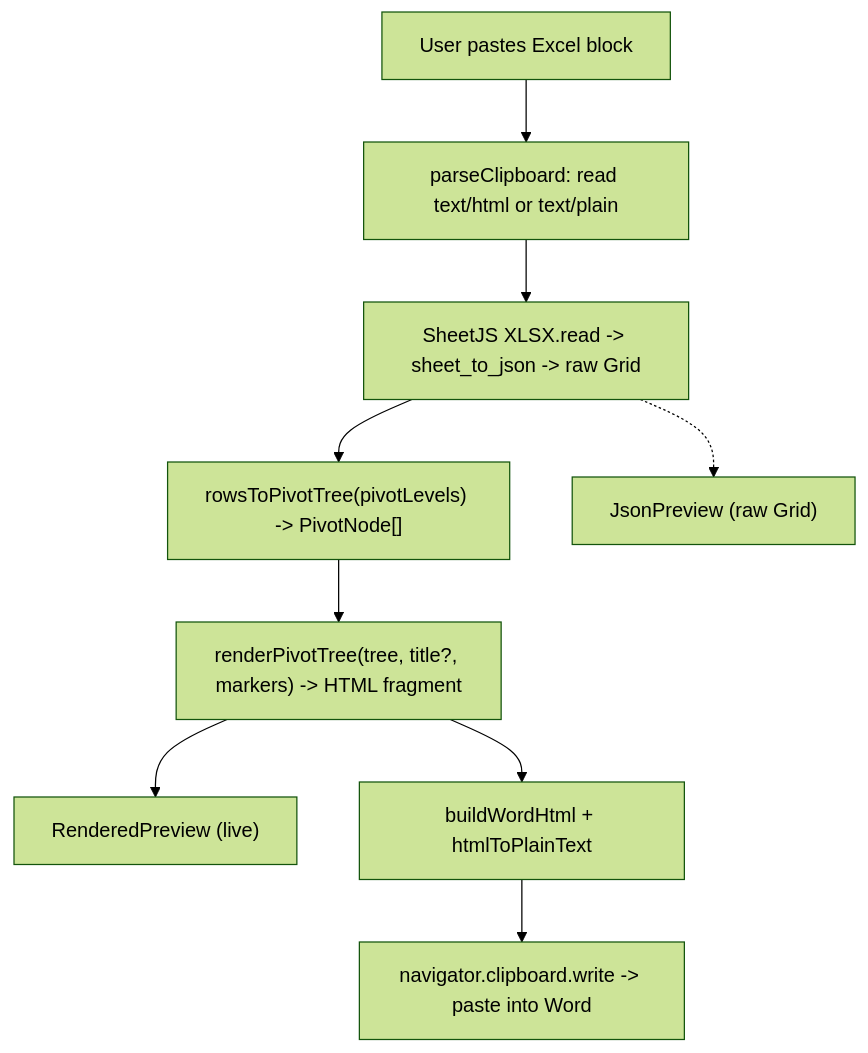
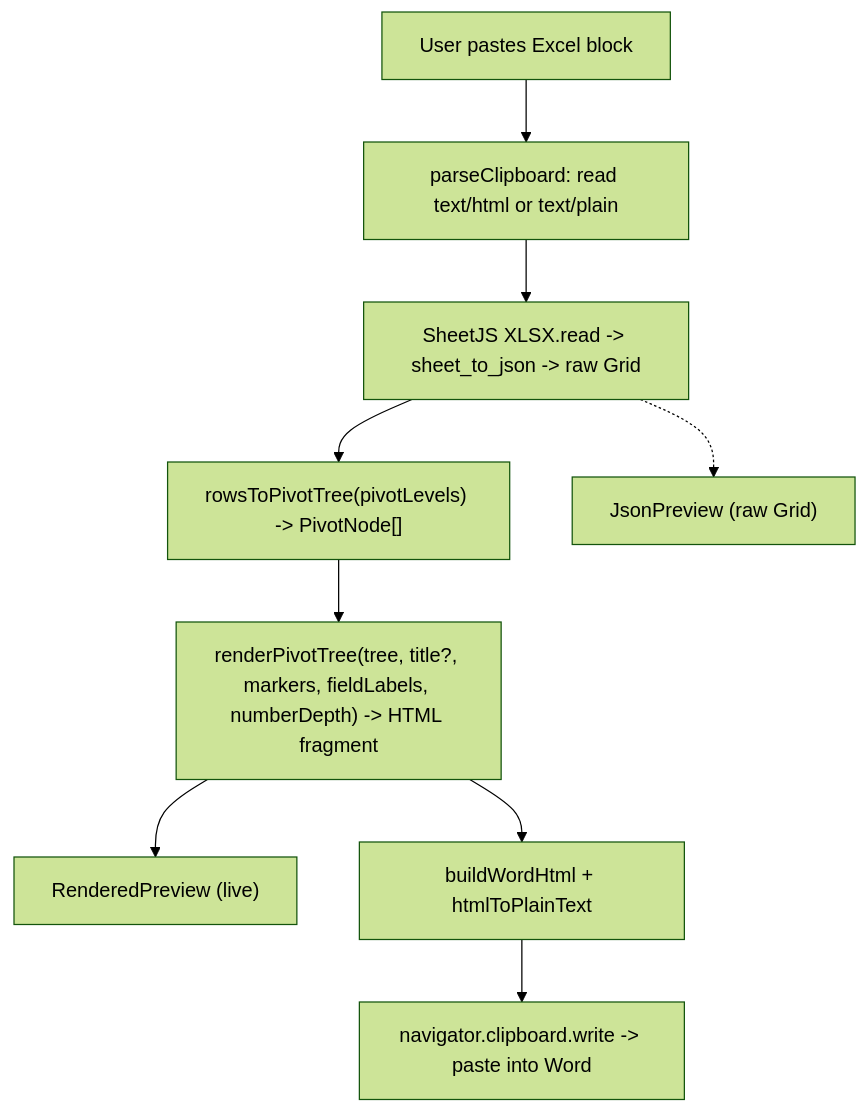
The diagram in docs/ARCHITECTURE.md (maybiiLen/Excel-Parser-), drawn with Mermaid (forest theme) before and after one commit. The commit also changed other lines of this file and 13 other files, not shown here.

````diff
--- a/docs/ARCHITECTURE.md
+++ b/docs/ARCHITECTURE.md
@@ -66,15 +66,15 @@
 ```mermaid
 flowchart TD
     A["User pastes Excel block"]
     B["parseClipboard: read text/html or text/plain"]
     C["SheetJS XLSX.read -> sheet_to_json -> raw Grid"]
     PV["rowsToPivotTree(pivotLevels) -> PivotNode[]"]
-    RP["renderPivotTree(tree, title?, markers) -> HTML fragment"]
+    RP["renderPivotTree(tree, title?, markers, fieldLabels, numberDepth) -> HTML fragment"]
     P["RenderedPreview (live)"]
     J["JsonPreview (raw Grid)"]
     W["buildWordHtml + htmlToPlainText"]
     X["navigator.clipboard.write -> paste into Word"]
     A --> B --> C --> PV --> RP --> P
     C -.-> J
     RP --> W --> X
 ```
````
